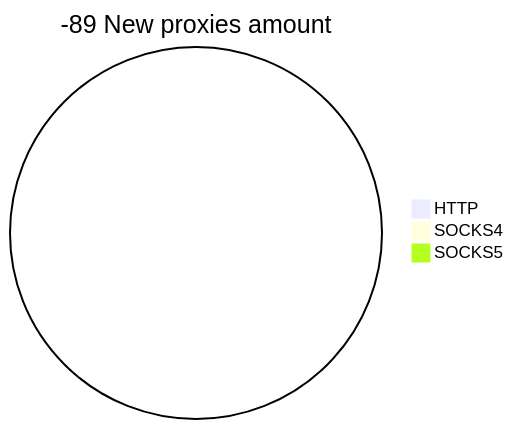
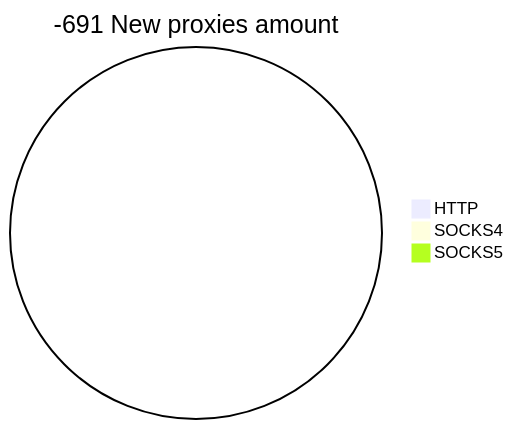
Before and after one commit to cutipu/proxylist: the second of 2 diagrams in README.md, drawn with Mermaid. The commit also changed other lines of this file, not shown here.

````diff
--- a/README.md
+++ b/README.md
@@ -10,6 +10,6 @@
 ```mermaid
-pie title -89 New proxies amount
+pie title -691 New proxies amount
     "HTTP" : 0
     "SOCKS4" : 0
     "SOCKS5" : 0
 ```
````
